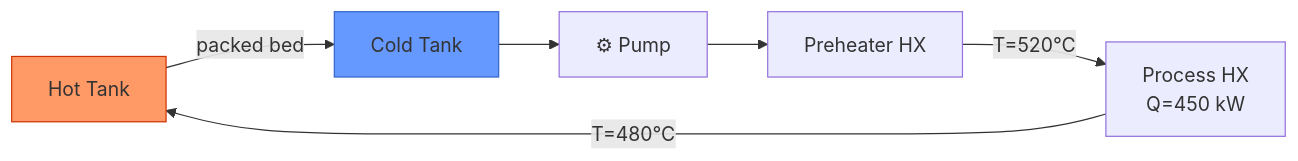
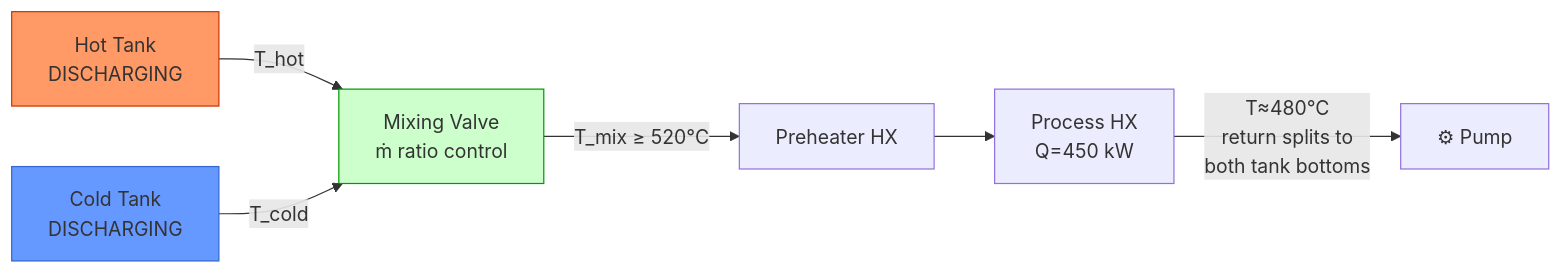
Diagram 11 of 17 in .planning/PLANT_LAYOUTS_AND_MODES.md (iwolde/pbtes-sim), drawn with Mermaid before and after one commit. The commit also changed other lines of this file and 1 other file, not shown here.

Commit message:
docs: Redesign 2-tank direct config with parallel discharge mixing valve

````diff
--- a/.planning/PLANT_LAYOUTS_AND_MODES.md
+++ b/.planning/PLANT_LAYOUTS_AND_MODES.md
@@ -405,11 +426,12 @@
 ```mermaid
 graph LR
-    HT["Hot Tank"] -->|"packed bed"| CT["Cold Tank"]
-    CT --> P1["⚙ Pump"]
-    P1 --> PH["Preheater HX"]
-    PH -->|"T=520°C"| PR["Process HX<br/>Q=450 kW"]
-    PR -->|"T=480°C"| HT
+    HT["Hot Tank<br/>DISCHARGING"] -->|"T_hot"| MV["Mixing Valve<br/>ṁ ratio control"]
+    CT["Cold Tank<br/>DISCHARGING"] -->|"T_cold"| MV
+    MV -->|"T_mix ≥ 520°C"| PH["Preheater HX"]
+    PH --> PR["Process HX<br/>Q=450 kW"]
+    PR -->|"T≈480°C<br/>return splits to<br/>both tank bottoms"| P1["⚙ Pump"]
 
     style HT fill:#f96,stroke:#c30
     style CT fill:#69f,stroke:#36c
+    style MV fill:#cfc,stroke:#090
 ```
````
